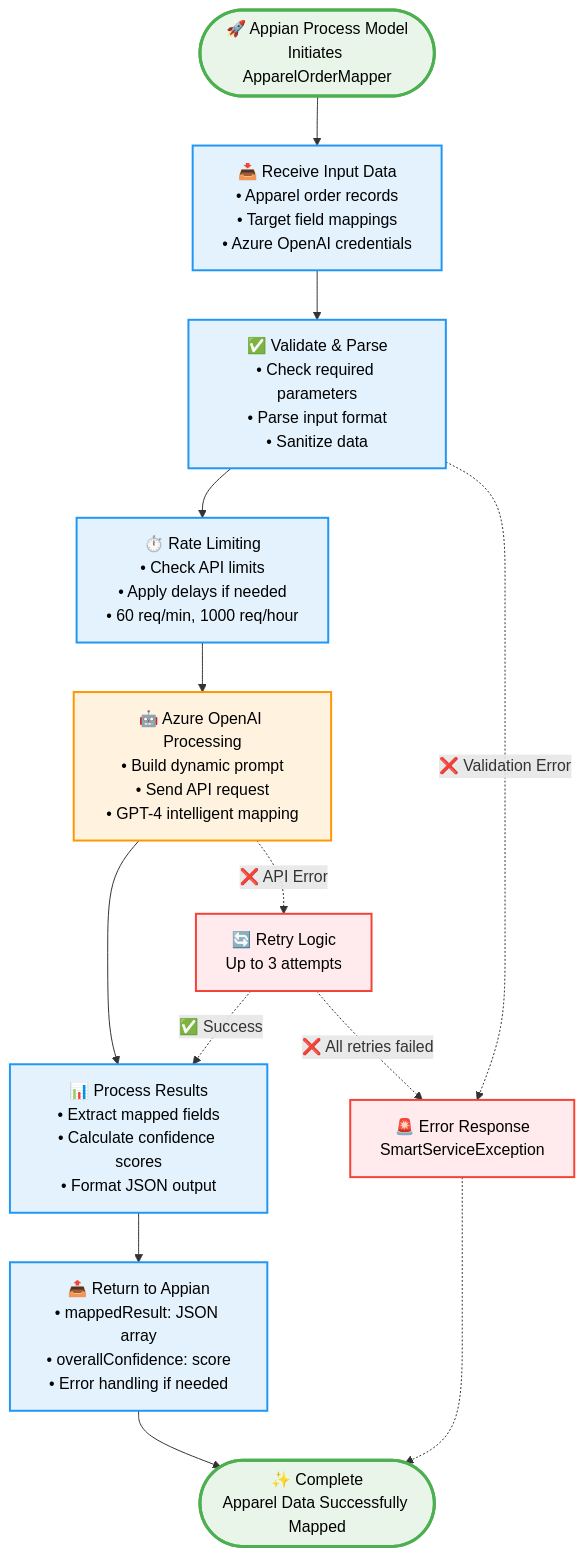
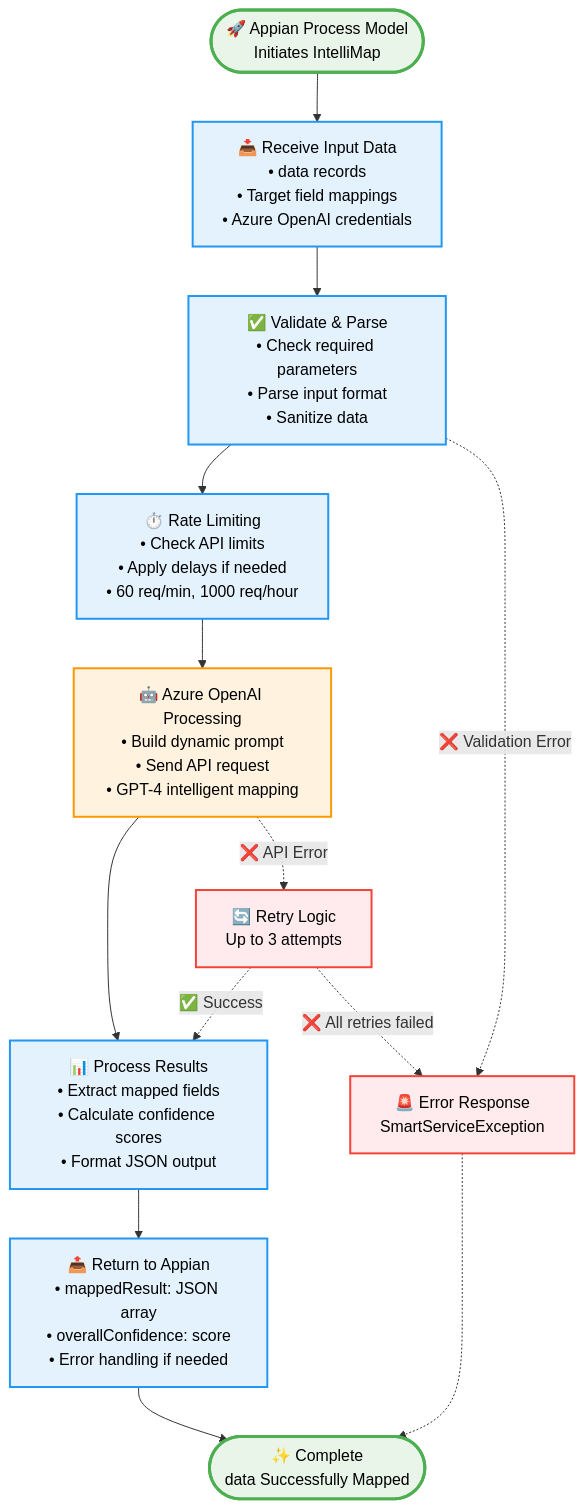
Before and after one commit to lowcodemindsglobal/intellimap-smart-service: the second of 4 diagrams in README.md, drawn with Mermaid. The commit also changed other lines of this file, not shown here.

````diff
--- a/README.md
+++ b/README.md
@@ -651,48 +428,48 @@
 ```mermaid
 flowchart TD
     %% Start
-    START([🚀 Appian Process Model<br/>Initiates ApparelOrderMapper])
+    START([🚀 Appian Process Model<br/>Initiates IntelliMap])
     
     %% Main Processing Steps
-    INPUT[📥 Receive Input Data<br/>• Apparel order records<br/>• Target field mappings<br/>• Azure OpenAI credentials]
+    INPUT[📥 Receive Input Data<br/>• data records<br/>• Target field mappings<br/>• Azure OpenAI credentials]
     
     VALIDATE[✅ Validate & Parse<br/>• Check required parameters<br/>• Parse input format<br/>• Sanitize data]
     
     RATE_LIMIT[⏱️ Rate Limiting<br/>• Check API limits<br/>• Apply delays if needed<br/>• 60 req/min, 1000 req/hour]
     
     AI_PROCESS[🤖 Azure OpenAI Processing<br/>• Build dynamic prompt<br/>• Send API request<br/>• GPT-4 intelligent mapping]
     
     PARSE_RESULTS[📊 Process Results<br/>• Extract mapped fields<br/>• Calculate confidence scores<br/>• Format JSON output]
     
     RETURN[📤 Return to Appian<br/>• mappedResult: JSON array<br/>• overallConfidence: score<br/>• Error handling if needed]
     
     %% End
-    END([✨ Complete<br/>Apparel Data Successfully Mapped])
+    END([✨ Complete<br/>data Successfully Mapped])
 
     %% Flow connections
     START --> INPUT
     INPUT --> VALIDATE
     VALIDATE --> RATE_LIMIT
     RATE_LIMIT --> AI_PROCESS
     AI_PROCESS --> PARSE_RESULTS
     PARSE_RESULTS --> RETURN
     RETURN --> END
 
     %% Error handling (simplified)
     VALIDATE -.->|❌ Validation Error| ERROR[🚨 Error Response<br/>SmartServiceException]
     AI_PROCESS -.->|❌ API Error| RETRY[🔄 Retry Logic<br/>Up to 3 attempts]
     RETRY -.->|✅ Success| PARSE_RESULTS
     RETRY -.->|❌ All retries failed| ERROR
     ERROR -.-> END
 
     %% Styling
     classDef startEnd fill:#e8f5e8,stroke:#4caf50,stroke-width:3px,color:#000
     classDef process fill:#e3f2fd,stroke:#2196f3,stroke-width:2px,color:#000
     classDef ai fill:#fff3e0,stroke:#ff9800,stroke-width:2px,color:#000
     classDef error fill:#ffebee,stroke:#f44336,stroke-width:2px,color:#000
     
     class START,END startEnd
     class INPUT,VALIDATE,RATE_LIMIT,PARSE_RESULTS,RETURN process
     class AI_PROCESS ai
     class ERROR,RETRY error
 ```
````
